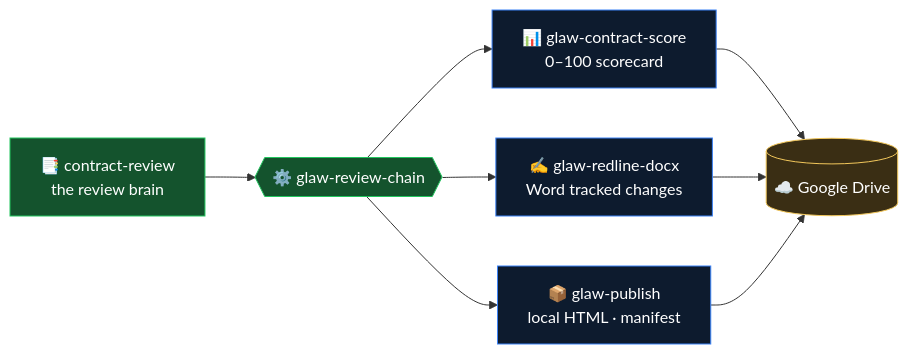
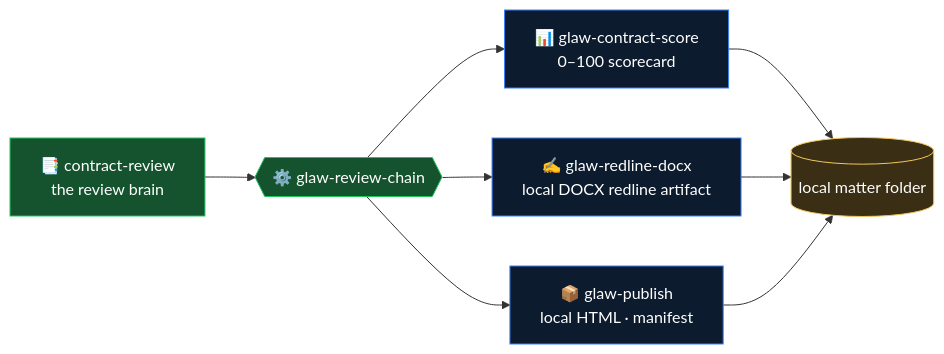
The fourth of 6 diagrams in README.md (rikitrader/glaw), drawn with Mermaid before and after one commit. The commit also changed other lines of this file and 15 other files, not shown here.

````diff
--- a/README.md
+++ b/README.md
@@ -266,16 +268,16 @@
 ```mermaid
 flowchart LR
     CR["📑 contract-review<br/>the review brain"] --> RC{{"⚙️ glaw-review-chain"}}
     RC --> SC["📊 glaw-contract-score<br/>0–100 scorecard"]
-    RC --> RD["✍️ glaw-redline-docx<br/>Word tracked changes"]
+    RC --> RD["✍️ glaw-redline-docx<br/>local DOCX redline artifact"]
     RC --> PB["📦 glaw-publish<br/>local HTML · manifest"]
-    SC --> DR[("☁️ Google Drive")]
+    SC --> DR[("local matter folder")]
     RD --> DR
     PB --> DR
     classDef brain fill:#14532d,stroke:#22c55e,color:#fff;
     classDef tool fill:#0d1b2e,stroke:#3B82F6,color:#fff;
     classDef out fill:#3a2e14,stroke:#F2C75B,color:#fff;
     class CR,RC brain
     class SC,RD,PB tool
     class DR out
 ```
````
